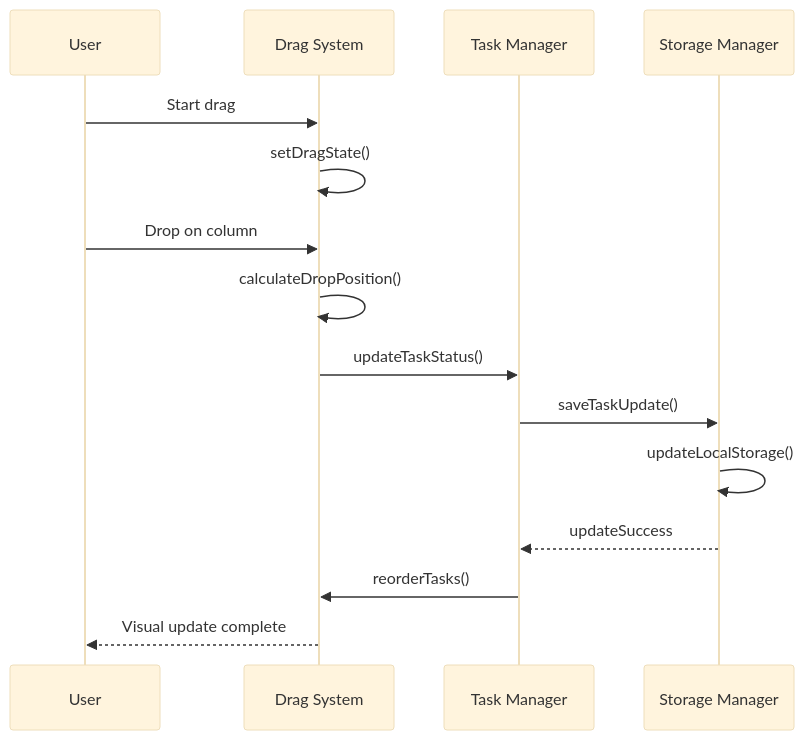
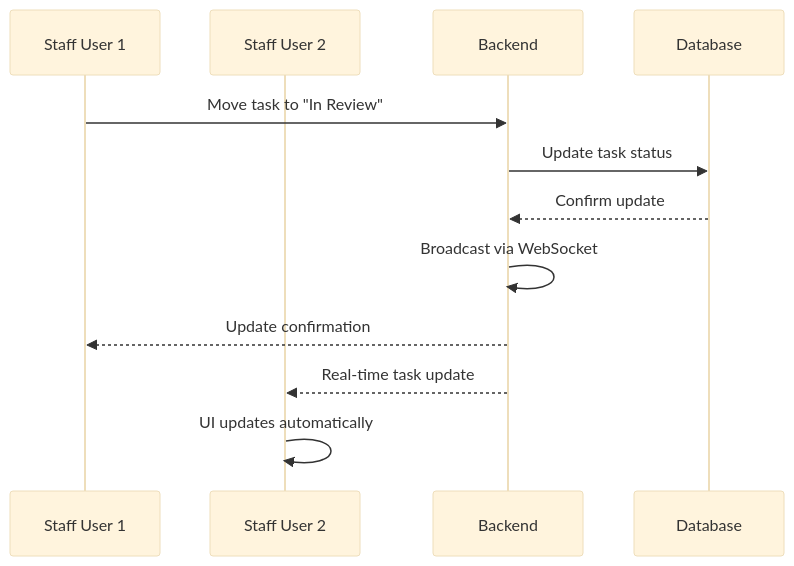
Before and after one commit to dnhuang/teg-tms: the third of 6 diagrams in ARCHITECTURE.md, drawn with Mermaid (base theme). The commit also changed other lines of this file and 1 other file, not shown here.

Commit message:
update README and ARCHITECTURE docs

````diff
--- a/ARCHITECTURE.md
+++ b/ARCHITECTURE.md
@@ -192,18 +153,15 @@
 ```mermaid
 sequenceDiagram
-    participant User
-    participant DragSys as Drag System
-    participant TaskMgr as Task Manager
-    participant Storage as Storage Manager
-
-    User->>DragSys: Start drag
-    DragSys->>DragSys: setDragState()
-    User->>DragSys: Drop on column
-    DragSys->>DragSys: calculateDropPosition()
-    DragSys->>TaskMgr: updateTaskStatus()
-    TaskMgr->>Storage: saveTaskUpdate()
-    Storage->>Storage: updateLocalStorage()
-    Storage-->>TaskMgr: updateSuccess
-    TaskMgr->>DragSys: reorderTasks()
-    DragSys-->>User: Visual update complete
+    participant User1 as Staff User 1
+    participant User2 as Staff User 2
+    participant Backend
+    participant Database
+    
+    User1->>Backend: Move task to "In Review"
+    Backend->>Database: Update task status
+    Database-->>Backend: Confirm update
+    Backend->>Backend: Broadcast via WebSocket
+    Backend-->>User1: Update confirmation
+    Backend-->>User2: Real-time task update
+    User2->>User2: UI updates automatically
 ```
````
